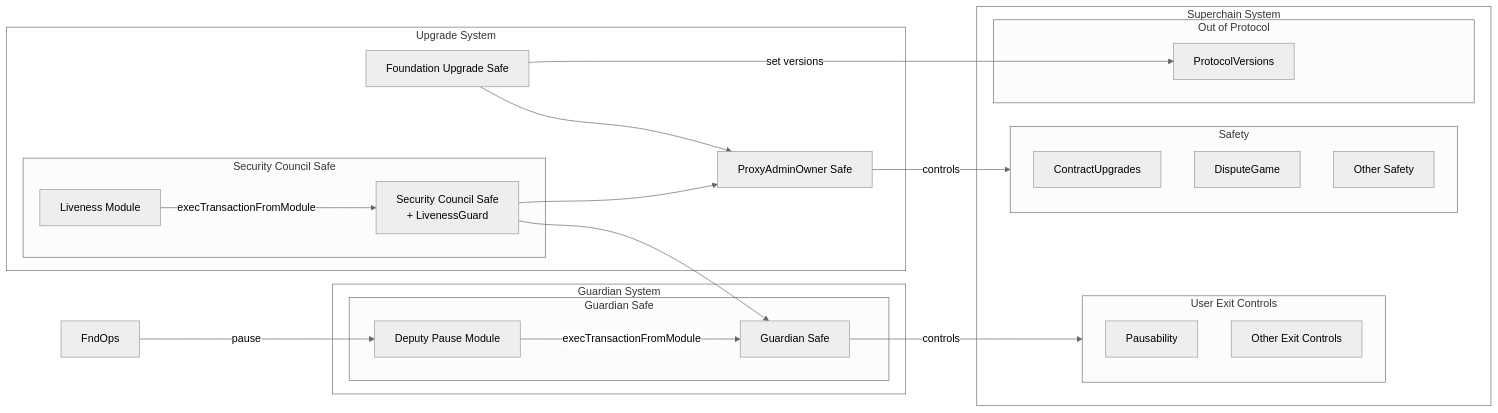
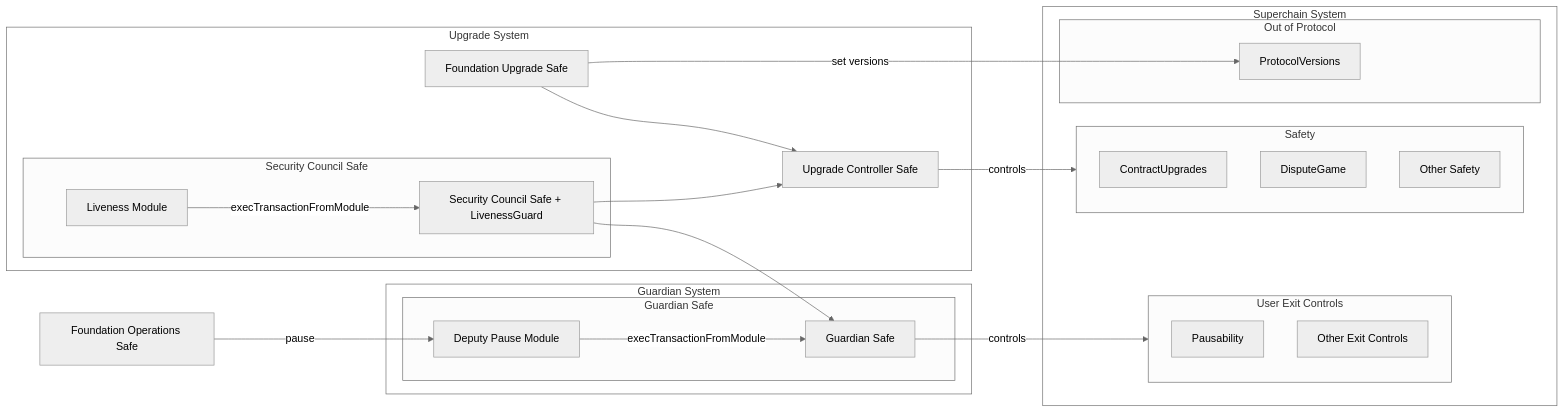
One commit to ethereum-optimism/specs changed the diagram in specs/protocol/stage-1.md. Above: the diagram before and after it, drawn with Mermaid (neutral theme). The commit also changed other lines of this file and 6 other files, not shown here.

````diff
--- a/specs/protocol/stage-1.md
+++ b/specs/protocol/stage-1.md
@@ -94,47 +204,47 @@
 ```mermaid
 flowchart LR
    subgraph SuperchainSystem[Superchain System]
       subgraph Exit[User Exit Controls]
          Pausability
          OtherExit[Other Exit Controls]
       end
       subgraph Safety
          ContractUpgrades
          DisputeGame
          OtherSafety[Other Safety]
       end
       subgraph NonProtocol[Out of Protocol]
          PV[ProtocolVersions]
       end
    end
 
    subgraph UpgradeSystem[Upgrade System]
       FndUp[Foundation Upgrade Safe]
-      POA[ProxyAdminOwner Safe]
+      UC[Upgrade Controller Safe]
       subgraph Security Council Safe
-         Council[Security Council Safe\n+ LivenessGuard]
+         Council[Security Council Safe + LivenessGuard]
          LM[Liveness Module]
       end
    end
 
    subgraph GuardianSystem[Guardian System]
       subgraph GuardianSafe[Guardian Safe]
          GS[Guardian Safe]
          DPM[Deputy Pause Module]
       end
    end
 
-    POA -->|controls| Safety
-    FndUp --> POA
-    Council --> POA
+    UC -->|controls| Safety
+    FndUp --> UC
+    Council --> UC
     Council --> GS
-    FndOps -->|pause| DPM
+    FndOps[Foundation Operations Safe] -->|pause| DPM
     FndUp -->|set versions|PV
     LM -->|execTransactionFromModule| Council
     DPM -->|execTransactionFromModule| GS
     GS -->|controls| Exit
 
    %% Declare a class to make the outer boxes somewhat transparent to provide some contrast
    classDef outer fill:#ffffff44
    class SuperchainSystem,GuardianSystem,UpgradeSystem outer
 ```
````
